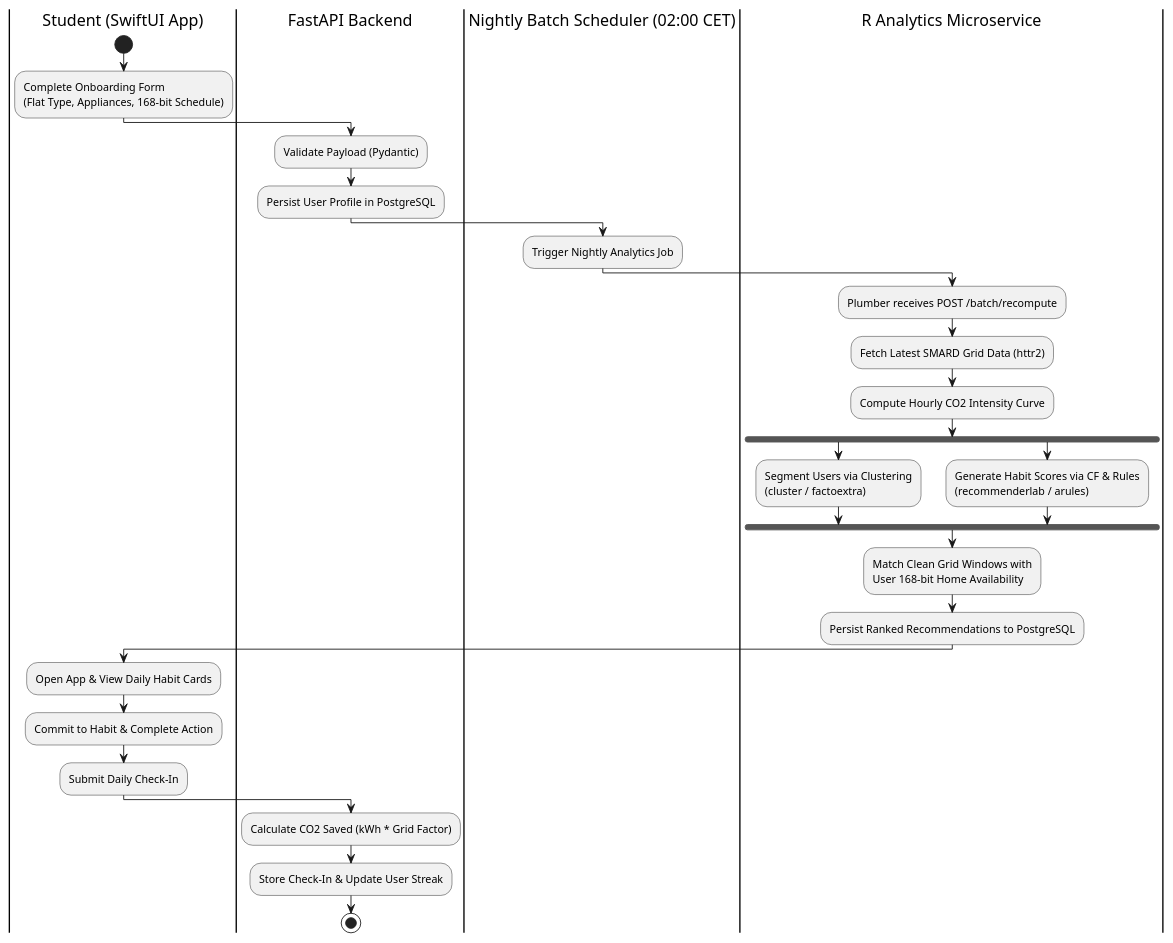
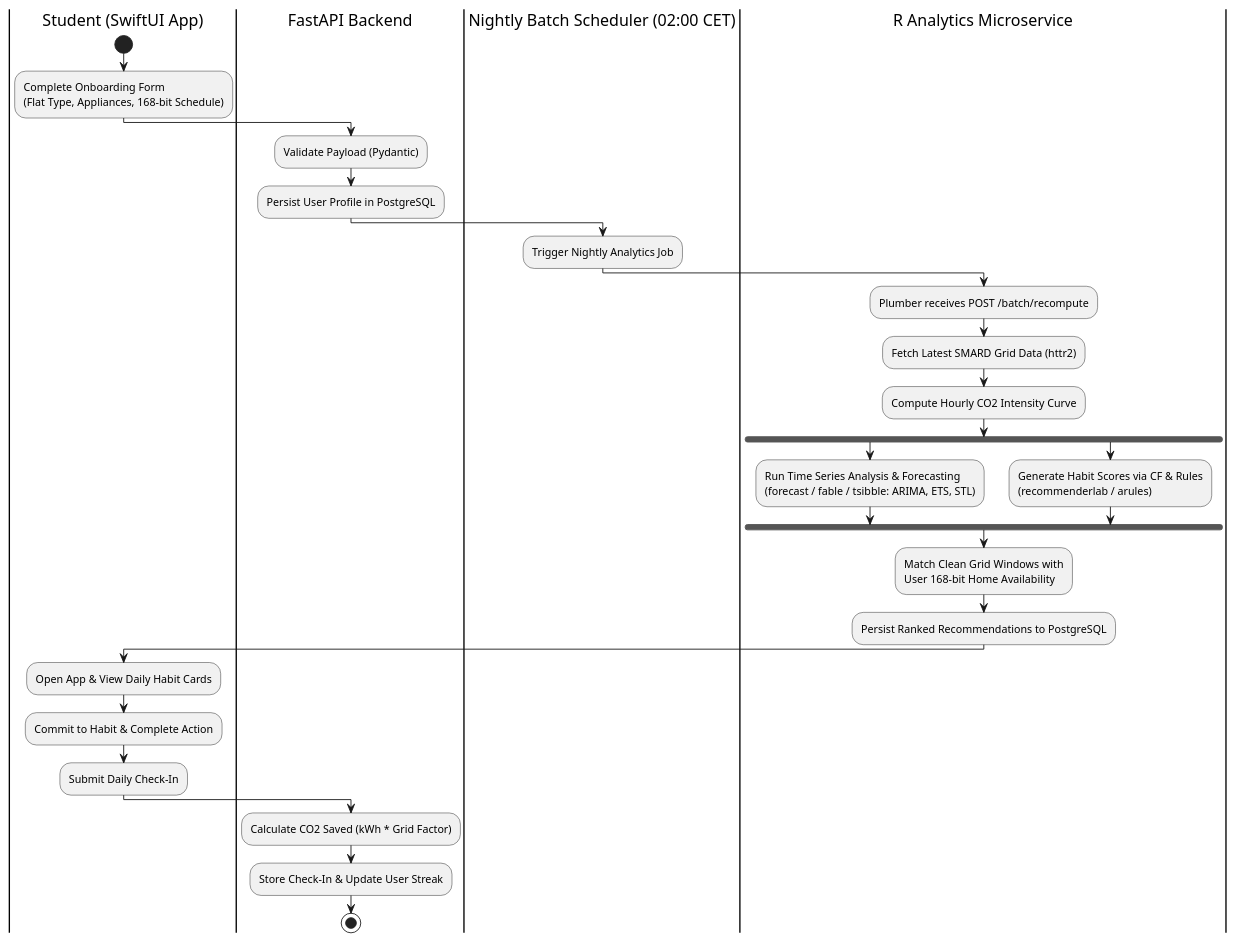
One commit to Asifnewaz/Personalized_Green_habit_Recommender changed the diagram in docs/uml/03_activity_diagram.puml. Above: the diagram before and after it, drawn with PlantUML. The commit also changed 10 other files, not shown here.

Commit message:
docs(sprint2): refactor architecture/UML/proposal to time-series forecasting and standardize EDA paths with here::here()

```diff
--- a/docs/uml/03_activity_diagram.puml
+++ b/docs/uml/03_activity_diagram.puml
@@ -1,36 +1,36 @@
 @startuml
 skinparam shadowing false
 
 |Student (SwiftUI App)|
 start
 :Complete Onboarding Form\n(Flat Type, Appliances, 168-bit Schedule);
 
 |FastAPI Backend|
 :Validate Payload (Pydantic);
 :Persist User Profile in PostgreSQL;
 
 |Nightly Batch Scheduler (02:00 CET)|
 :Trigger Nightly Analytics Job;
 
 |R Analytics Microservice|
 :Plumber receives POST /batch/recompute;
 :Fetch Latest SMARD Grid Data (httr2);
 :Compute Hourly CO2 Intensity Curve;
 fork
-  :Segment Users via Clustering\n(cluster / factoextra);
+  :Run Time Series Analysis & Forecasting\n(forecast / fable / tsibble: ARIMA, ETS, STL);
 fork again
   :Generate Habit Scores via CF & Rules\n(recommenderlab / arules);
 end fork
 :Match Clean Grid Windows with\nUser 168-bit Home Availability;
 :Persist Ranked Recommendations to PostgreSQL;
 
 |Student (SwiftUI App)|
 :Open App & View Daily Habit Cards;
 :Commit to Habit & Complete Action;
 :Submit Daily Check-In;
 
 |FastAPI Backend|
 :Calculate CO2 Saved (kWh * Grid Factor);
 :Store Check-In & Update User Streak;
 stop
 @enduml
```
